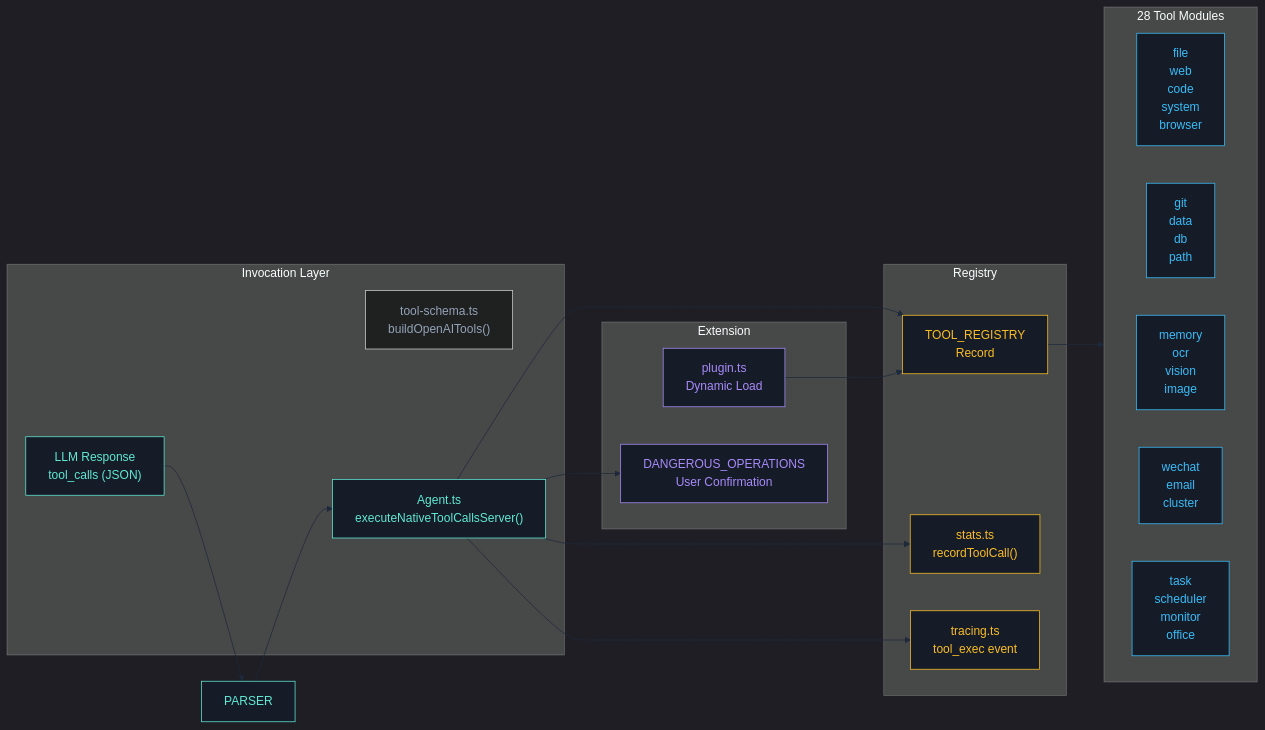
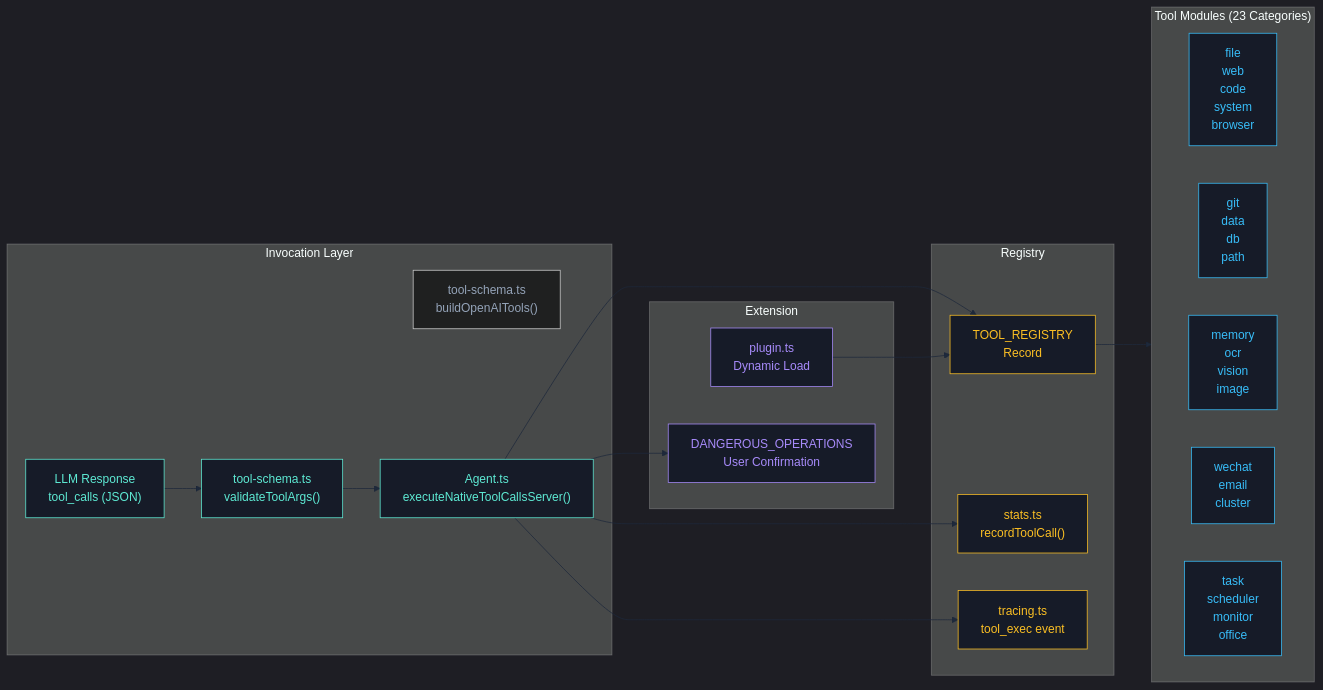
Before and after one commit to 1486853830/CogitoAgent: the first of 2 diagrams in README.md, drawn with Mermaid. The commit also changed other lines of this file and 15 other files, not shown here.

````diff
--- a/README.md
+++ b/README.md
@@ -158,48 +158,49 @@
 ```mermaid
 %%{init: {"theme": "dark", "themeVariables": {"bgColor": "#0b0e14", "primaryColor": "#5eead4", "primaryTextColor": "#5eead4", "primaryBorderColor": "#5eead4", "lineColor": "#1e293b", "textColor": "#94a3b8", "fontFamily": "JetBrains Mono, monospace", "fontSize": "10", "secondaryColor": "#161b28", "tertiaryColor": "#1c2230"}}}%%
 flowchart LR
     subgraph INVOCATION["Invocation Layer"]
         LLM["LLM Response<br/>tool_calls (JSON)"]
         SCHEMA["tool-schema.ts<br/>buildOpenAITools()"]
+        PARSER["tool-schema.ts<br/>validateToolArgs()"]
         EXECUTOR["Agent.ts<br/>executeNativeToolCallsServer()"]
     end
 
     subgraph REGISTRY["Registry"]
         REG["TOOL_REGISTRY<br/>Record<string, ToolEntry>"]
         STATS["stats.ts<br/>recordToolCall()"]
         TRACE["tracing.ts<br/>tool_exec event"]
     end
 
-    subgraph MODULES["28 Tool Modules"]
+    subgraph MODULES["Tool Modules (23 Categories)"]
         direction LR
         CORE1["file<br/>web<br/>code<br/>system<br/>browser"]
         CORE2["git<br/>data<br/>db<br/>path"]
         AI["memory<br/>ocr<br/>vision<br/>image"]
         COMM["wechat<br/>email<br/>cluster"]
         AUTO["task<br/>scheduler<br/>monitor<br/>office"]
     end
 
     subgraph EXTENSION["Extension"]
         PLUGIN["plugin.ts<br/>Dynamic Load"]
         DANGER["DANGEROUS_OPERATIONS<br/>User Confirmation"]
     end
 
     LLM --> PARSER
     PARSER --> EXECUTOR
     EXECUTOR --> REG
     REG --> MODULES
     EXECUTOR --> STATS
     EXECUTOR --> TRACE
     EXECUTOR --> DANGER
     PLUGIN --> REG
 
     classDef invocation fill:#161b28,stroke:#5eead4,color:#5eead4;
     classDef registry fill:#161b28,stroke:#fbbf24,color:#fbbf24;
     classDef modules fill:#161b28,stroke:#38bdf8,color:#38bdf8;
     classDef extension fill:#161b28,stroke:#a78bfa,color:#a78bfa;
 
     class LLM,PARSER,EXECUTOR invocation;
     class REG,STATS,TRACE registry;
     class CORE1,CORE2,AI,COMM,AUTO modules;
     class PLUGIN,DANGER extension;
 ```
````
